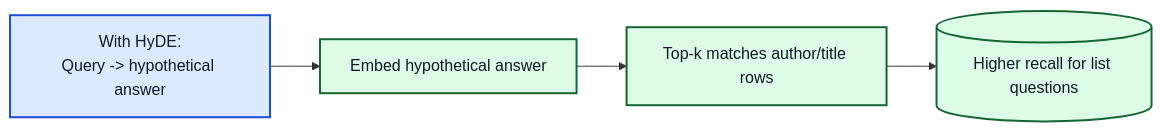
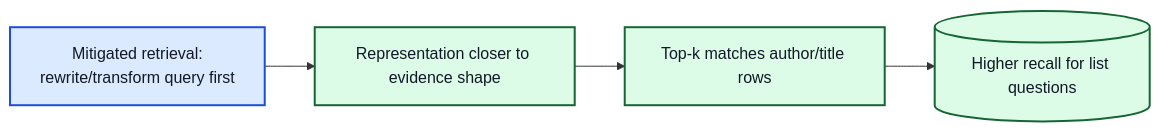
The second of 5 diagrams in slides.md (phiwi/chatbot), drawn with Mermaid before and after one commit. The commit also changed other lines of this file and 1 other file, not shown here.

````diff
--- a/slides.md
+++ b/slides.md
@@ -108,9 +263,9 @@
 ```mermaid
 flowchart LR
   classDef good fill:#dcfce7,stroke:#166534,color:#111827,stroke-width:2px
   classDef q fill:#dbeafe,stroke:#1d4ed8,color:#111827,stroke-width:2px
 
-  Q2[With HyDE:<br>Query -> hypothetical answer]:::q --> H[Embed hypothetical answer]:::good
+  Q2[Mitigated retrieval:<br>rewrite/transform query first]:::q --> H[Representation closer to evidence shape]:::good
   H --> W2[Top-k matches author/title rows]:::good
   W2 --> D2[(Higher recall for list questions)]:::good
 ```
````
